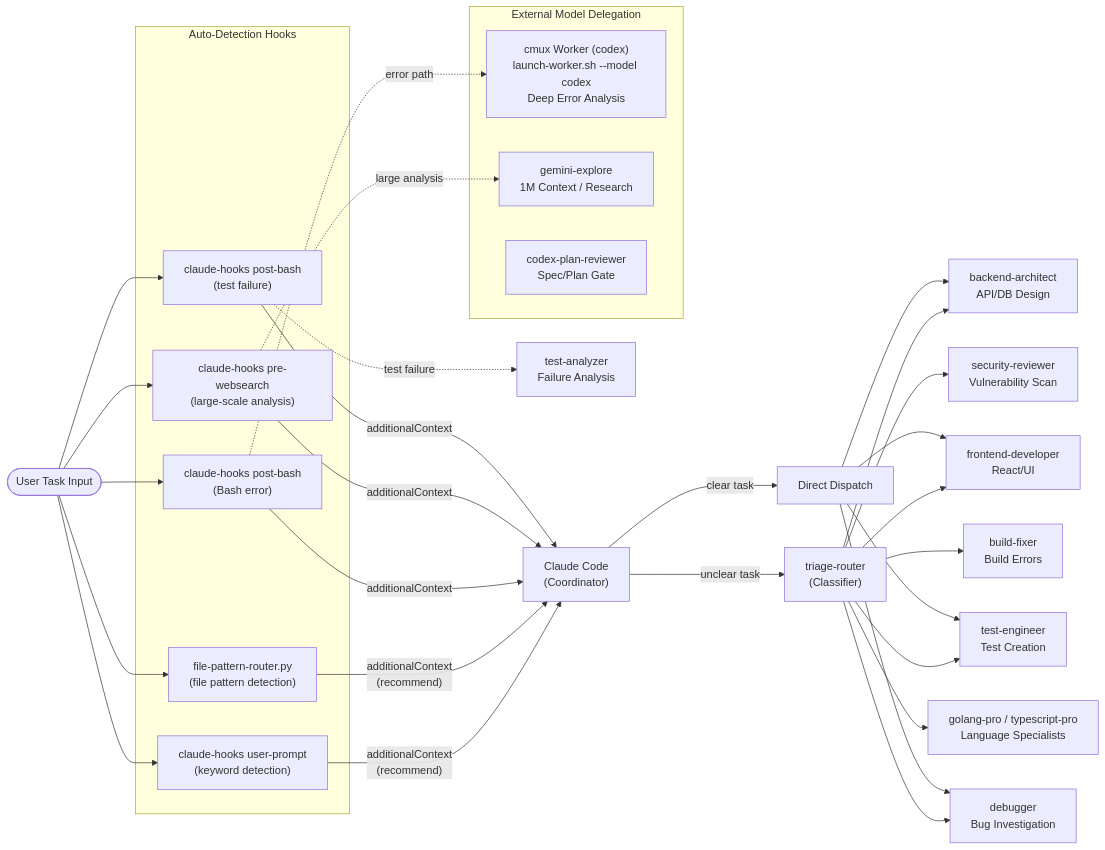
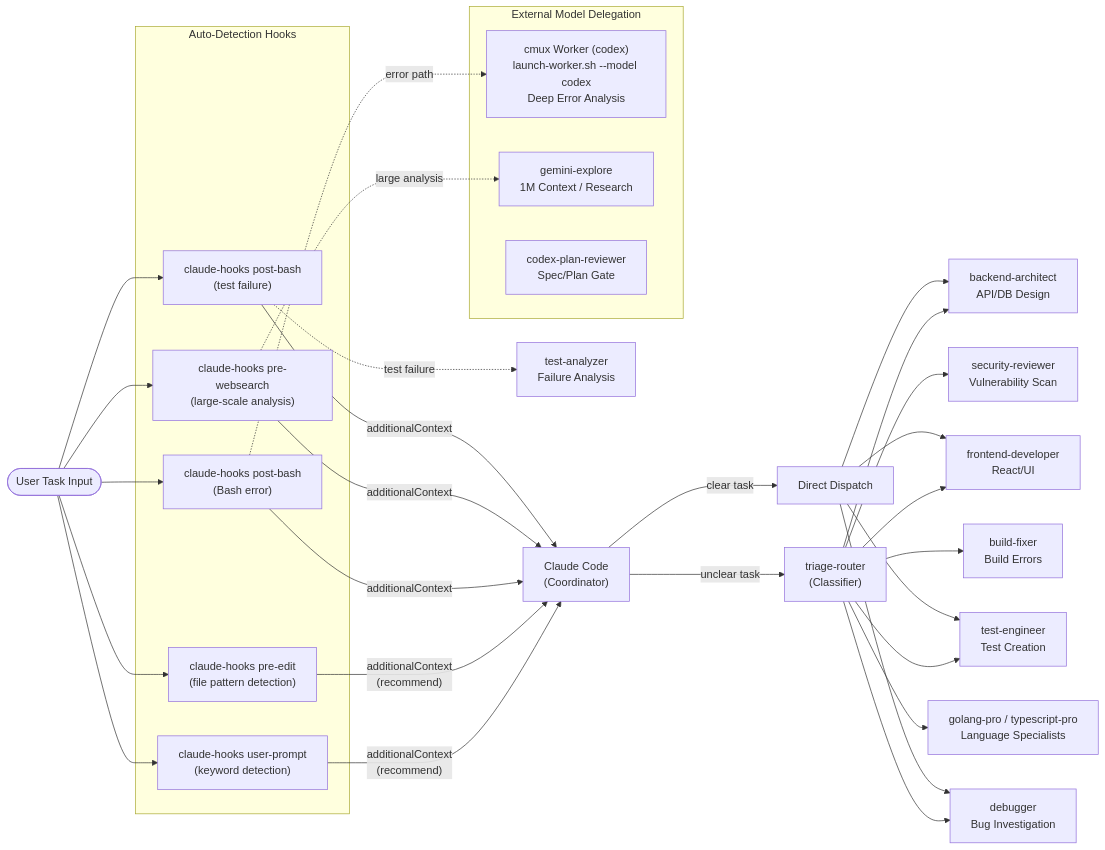
The diagram in .config/claude/references/diagrams/agent-routing.md (takeuchi-shogo/dotfiles), drawn with Mermaid before and after one commit. The commit also changed other lines of this file and 11 other files, not shown here.

First line of the commit message:
🔥 fix(hooks): 死蔵 .py 残骸4件を削除 + 現役ドキュメントを Rust pre-edit/post-bash 表記に整合

````diff
--- a/.config/claude/references/diagrams/agent-routing.md
+++ b/.config/claude/references/diagrams/agent-routing.md
@@ -12,51 +12,51 @@
 ```mermaid
 flowchart LR
     INPUT(["User Task Input"])
 
     subgraph hooks ["Auto-Detection Hooks"]
         AR["claude-hooks user-prompt<br/>(keyword detection)"]
-        FPR["file-pattern-router.py<br/>(file pattern detection)"]
+        FPR["claude-hooks pre-edit<br/>(file pattern detection)"]
         ETC["claude-hooks post-bash<br/>(Bash error)"]
         SG["claude-hooks pre-websearch<br/>(large-scale analysis)"]
         PTA["claude-hooks post-bash<br/>(test failure)"]
     end
 
     INPUT --> AR
     INPUT --> FPR
     INPUT --> ETC
     INPUT --> SG
     INPUT --> PTA
 
     CC["Claude Code<br/>(Coordinator)"]
     AR -->|"additionalContext<br/>(recommend)"| CC
     FPR -->|"additionalContext<br/>(recommend)"| CC
     ETC -->|"additionalContext"| CC
     SG -->|"additionalContext"| CC
     PTA -->|"additionalContext"| CC
 
     CC -->|"unclear task"| TR["triage-router<br/>(Classifier)"]
     CC -->|"clear task"| DIRECT["Direct Dispatch"]
 
     TR --> ARCH["backend-architect<br/>API/DB Design"]
     TR --> FE["frontend-developer<br/>React/UI"]
     TR --> TE["test-engineer<br/>Test Creation"]
     TR --> DBG["debugger<br/>Bug Investigation"]
     TR --> SEC["security-reviewer<br/>Vulnerability Scan"]
     TR --> BF["build-fixer<br/>Build Errors"]
     TR --> LANG["golang-pro / typescript-pro<br/>Language Specialists"]
 
     DIRECT --> ARCH
     DIRECT --> FE
     DIRECT --> TE
     DIRECT --> DBG
 
     ETC -.->|"error path"| CDXD["cmux Worker (codex)<br/>launch-worker.sh --model codex<br/>Deep Error Analysis"]
     SG -.->|"large analysis"| GEM["gemini-explore<br/>1M Context / Research"]
     PTA -.->|"test failure"| TA["test-analyzer<br/>Failure Analysis"]
 
     subgraph external ["External Model Delegation"]
         CDXD
         CDXR["codex-plan-reviewer<br/>Spec/Plan Gate"]
         GEM
     end
 ```
````
